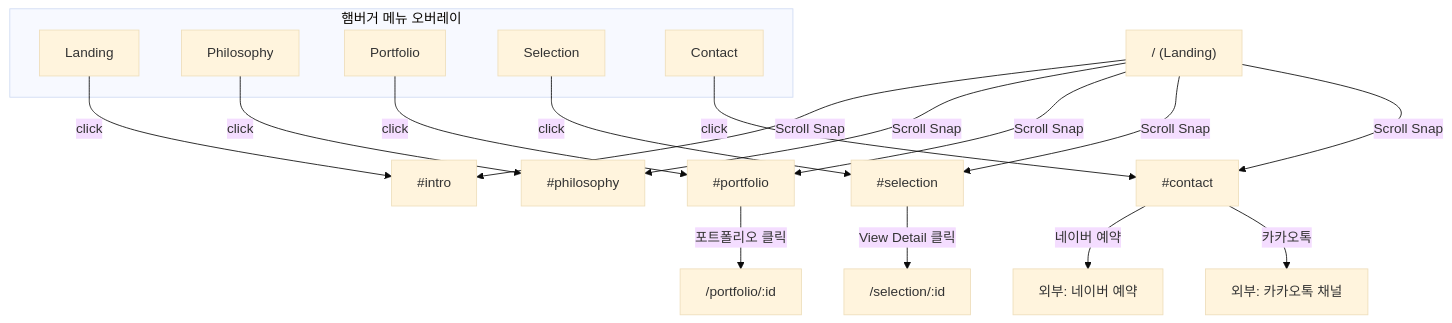
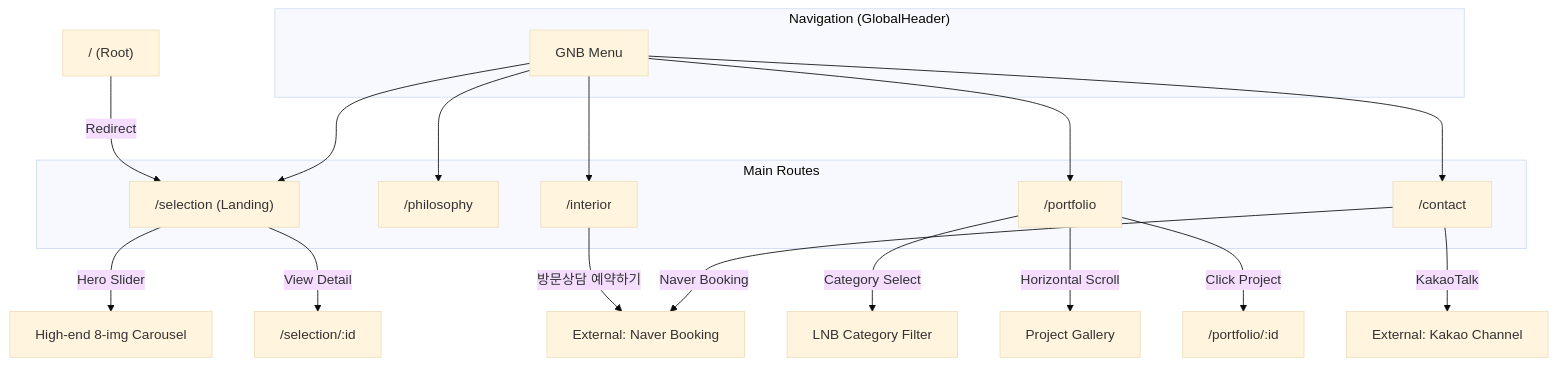
The diagram in docs/5_frontend_architecture.md (Jungyun1113/attiquedesign-project), drawn with Mermaid (base theme) before and after one commit. The commit also changed other lines of this file and 30 other files, not shown here.

````diff
--- a/docs/5_frontend_architecture.md
+++ b/docs/5_frontend_architecture.md
@@ -89,27 +80,33 @@
 ```mermaid
 graph TD
-    A["/ (Landing)"] -->|Scroll Snap| S0["#intro"]
-    A -->|Scroll Snap| S1["#philosophy"]
-    A -->|Scroll Snap| S2["#portfolio"]
-    A -->|Scroll Snap| S3["#selection"]
-    A -->|Scroll Snap| S4["#contact"]
-
-    S2 -->|"포트폴리오 클릭"| PD["/portfolio/:id"]
-    S3 -->|"View Detail 클릭"| SD["/selection/:id"]
-    S4 -->|"네이버 예약"| NAVER["외부: 네이버 예약"]
-    S4 -->|"카카오톡"| KAKAO["외부: 카카오톡 채널"]
-
-    subgraph "햄버거 메뉴 오버레이"
-        NAV_LAND["Landing"]
-        NAV_PHIL["Philosophy"]
-        NAV_PORT["Portfolio"]
-        NAV_SEL["Selection"]
-        NAV_CON["Contact"]
+    A["/ (Root)"] -->|Redirect| S3["/selection (Landing)"]
+    
+    subgraph "Main Routes"
+        S1["/philosophy"]
+        S_INT["/interior"]
+        S2["/portfolio"]
+        S3
+        S4["/contact"]
     end
 
-    NAV_LAND -->|click| S0
-    NAV_PHIL -->|click| S1
-    NAV_PORT -->|click| S2
-    NAV_SEL -->|click| S3
-    NAV_CON -->|click| S4
+    subgraph "Navigation (GlobalHeader)"
+        GNB["GNB Menu"]
+    end
+
+    GNB --> S1
+    GNB --> S_INT
+    GNB --> S2
+    GNB --> S3
+    GNB --> S4
+
+    S2 -->|"Category Select"| S2_LNB["LNB Category Filter"]
+    S2 -->|"Horizontal Scroll"| S2_Gallery["Project Gallery"]
+    S2 -->|"Click Project"| PD["/portfolio/:id"]
+
+    S3 -->|"Hero Slider"| S3_Hero["High-end 8-img Carousel"]
+    S3 -->|"View Detail"| SD["/selection/:id"]
+
+    S_INT -->|"방문상담 예약하기"| NAVER["External: Naver Booking"]
+    S4 -->|"Naver Booking"| NAVER
+    S4 -->|"KakaoTalk"| KAKAO["External: Kakao Channel"]
 ```
````
